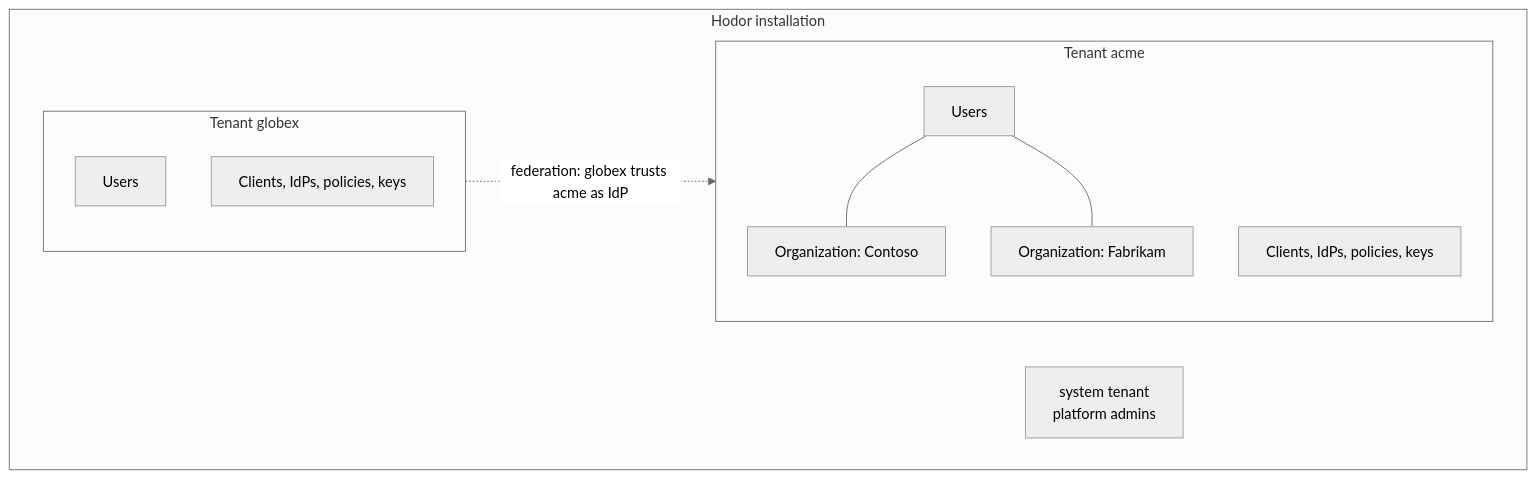
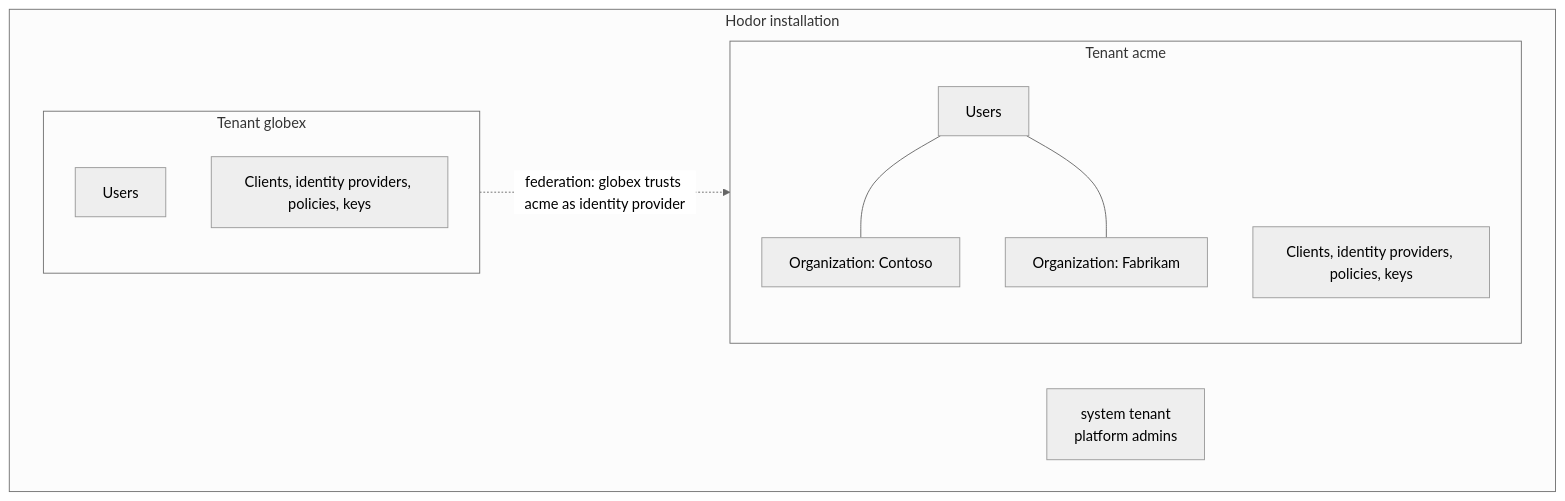
The first of 2 diagrams in docs/architecture/multi-tenancy.md (ortisun/hodor), drawn with Mermaid (neutral theme) before and after one commit. The commit also changed other lines of this file and 48 other files, not shown here.

````diff
--- a/docs/architecture/multi-tenancy.md
+++ b/docs/architecture/multi-tenancy.md
@@ -12,19 +12,19 @@
 ```mermaid
 flowchart TB
     subgraph platform["Hodor installation"]
-        sys["system tenant<br/>platform admins"]
-        subgraph t1["Tenant acme"]
-            u1["Users"]
-            o1["Organization: Contoso"]
-            o2["Organization: Fabrikam"]
-            c1["Clients, IdPs, policies, keys"]
+        systemTenant["system tenant<br/>platform admins"]
+        subgraph tenantAcme["Tenant acme"]
+            acmeUsers["Users"]
+            contoso["Organization: Contoso"]
+            fabrikam["Organization: Fabrikam"]
+            acmeConfiguration["Clients, identity providers, policies, keys"]
         end
-        subgraph t2["Tenant globex"]
-            u2["Users"]
-            c2["Clients, IdPs, policies, keys"]
+        subgraph tenantGlobex["Tenant globex"]
+            globexUsers["Users"]
+            globexConfiguration["Clients, identity providers, policies, keys"]
         end
     end
-    u1 --- o1
-    u1 --- o2
-    t2 -. "federation: globex trusts acme as IdP" .-> t1
+    acmeUsers --- contoso
+    acmeUsers --- fabrikam
+    tenantGlobex -. "federation: globex trusts acme as identity provider" .-> tenantAcme
 ```
````
